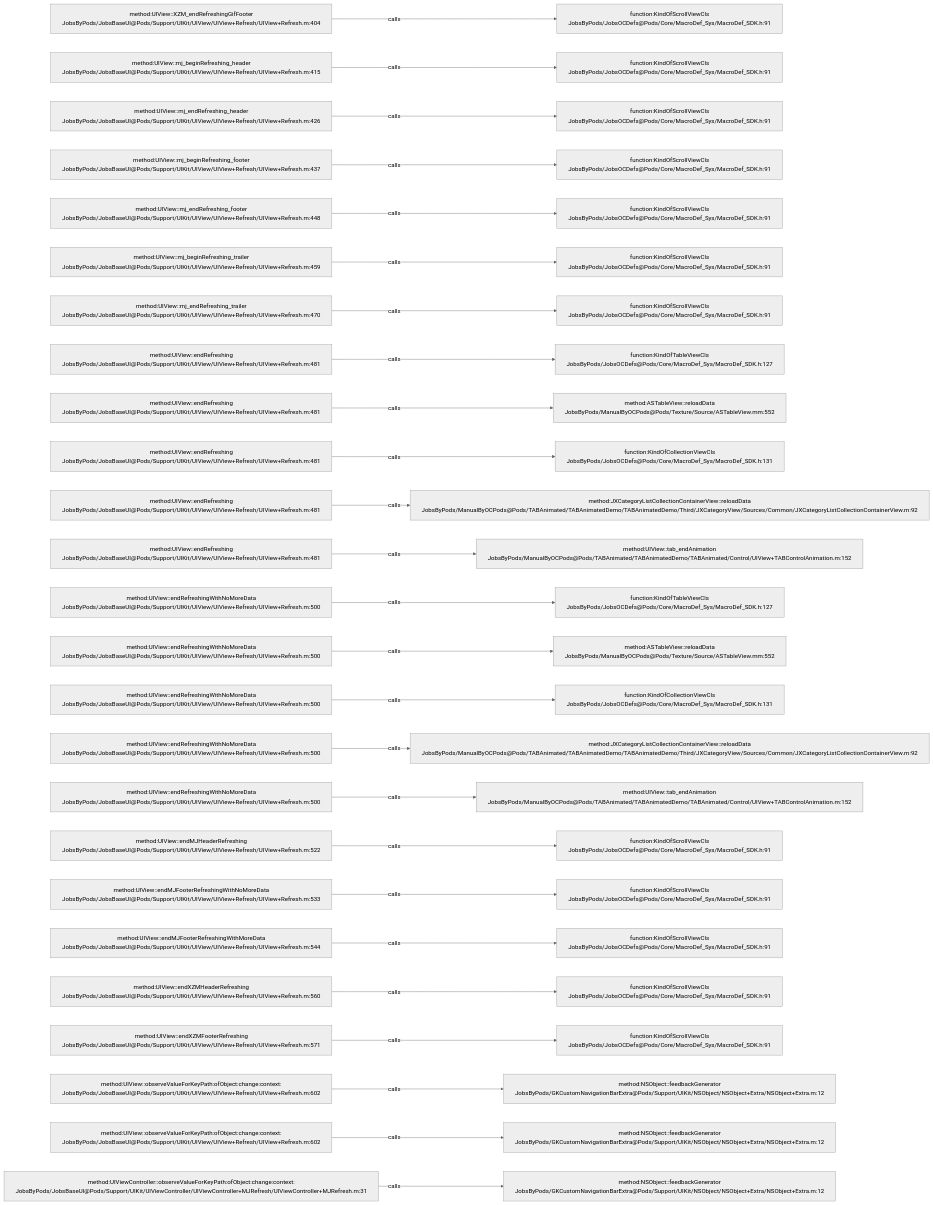
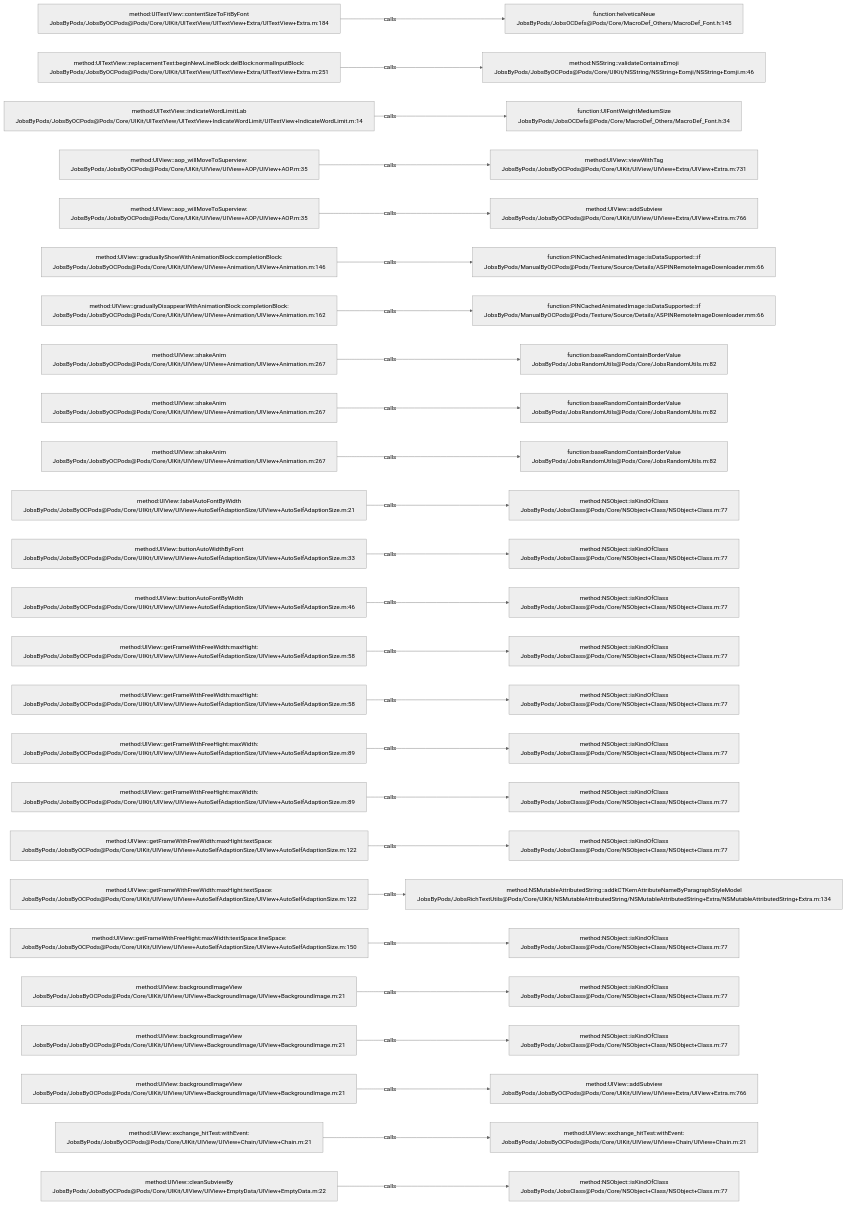
The diagram in .codegraph/codegraph.md/graphs/calls-064.md (JobsKits/JobsOCBaseConfigDemo), drawn with Mermaid (neutral theme) before and after one commit. The commit also changed 1026 other files, not shown here.

````diff
--- a/.codegraph/codegraph.md/graphs/calls-064.md
+++ b/.codegraph/codegraph.md/graphs/calls-064.md
@@ -13,78 +13,78 @@
 ```mermaid
 flowchart LR
-  S1["method:UIView::XZM_endRefreshingGifFooter<br/>JobsByPods/JobsBaseUI@Pods/Support/UIKit/UIView/UIView+Refresh/UIView+Refresh.m:404"]
-  T1["function:KindOfScrollViewCls<br/>JobsByPods/JobsOCDefs@Pods/Core/MacroDef_Sys/MacroDef_SDK.h:91"]
+  S1["method:UITextView::contentSizeToFitByFont<br/>JobsByPods/JobsByOCPods@Pods/Core/UIKit/UITextView/UITextView+Extra/UITextView+Extra.m:184"]
+  T1["function:helveticaNeue<br/>JobsByPods/JobsOCDefs@Pods/Core/MacroDef_Others/MacroDef_Font.h:145"]
   S1 -->|calls| T1
-  S2["method:UIView::mj_beginRefreshing_header<br/>JobsByPods/JobsBaseUI@Pods/Support/UIKit/UIView/UIView+Refresh/UIView+Refresh.m:415"]
-  T2["function:KindOfScrollViewCls<br/>JobsByPods/JobsOCDefs@Pods/Core/MacroDef_Sys/MacroDef_SDK.h:91"]
+  S2["method:UITextView::replacementText:beginNewLineBlock:delBlock:normalInputBlock:<br/>JobsByPods/JobsByOCPods@Pods/Core/UIKit/UITextView/UITextView+Extra/UITextView+Extra.m:251"]
+  T2["method:NSString::validateContainsEmoji<br/>JobsByPods/JobsByOCPods@Pods/Core/UIKit/NSString/NSString+Eomji/NSString+Eomji.m:46"]
   S2 -->|calls| T2
-  S3["method:UIView::mj_endRefreshing_header<br/>JobsByPods/JobsBaseUI@Pods/Support/UIKit/UIView/UIView+Refresh/UIView+Refresh.m:426"]
-  T3["function:KindOfScrollViewCls<br/>JobsByPods/JobsOCDefs@Pods/Core/MacroDef_Sys/MacroDef_SDK.h:91"]
+  S3["method:UITextView::indicateWordLimitLab<br/>JobsByPods/JobsByOCPods@Pods/Core/UIKit/UITextView/UITextView+IndicateWordLimit/UITextView+IndicateWordLimit.m:14"]
+  T3["function:UIFontWeightMediumSize<br/>JobsByPods/JobsOCDefs@Pods/Core/MacroDef_Others/MacroDef_Font.h:34"]
   S3 -->|calls| T3
-  S4["method:UIView::mj_beginRefreshing_footer<br/>JobsByPods/JobsBaseUI@Pods/Support/UIKit/UIView/UIView+Refresh/UIView+Refresh.m:437"]
-  T4["function:KindOfScrollViewCls<br/>JobsByPods/JobsOCDefs@Pods/Core/MacroDef_Sys/MacroDef_SDK.h:91"]
+  S4["method:UIView::aop_willMoveToSuperview:<br/>JobsByPods/JobsByOCPods@Pods/Core/UIKit/UIView/UIView+AOP/UIView+AOP.m:35"]
+  T4["method:UIView::viewWithTag<br/>JobsByPods/JobsByOCPods@Pods/Core/UIKit/UIView/UIView+Extra/UIView+Extra.m:731"]
   S4 -->|calls| T4
-  S5["method:UIView::mj_endRefreshing_footer<br/>JobsByPods/JobsBaseUI@Pods/Support/UIKit/UIView/UIView+Refresh/UIView+Refresh.m:448"]
-  T5["function:KindOfScrollViewCls<br/>JobsByPods/JobsOCDefs@Pods/Core/MacroDef_Sys/MacroDef_SDK.h:91"]
+  S5["method:UIView::aop_willMoveToSuperview:<br/>JobsByPods/JobsByOCPods@Pods/Core/UIKit/UIView/UIView+AOP/UIView+AOP.m:35"]
+  T5["method:UIView::addSubview<br/>JobsByPods/JobsByOCPods@Pods/Core/UIKit/UIView/UIView+Extra/UIView+Extra.m:766"]
   S5 -->|calls| T5
-  S6["method:UIView::mj_beginRefreshing_trailer<br/>JobsByPods/JobsBaseUI@Pods/Support/UIKit/UIView/UIView+Refresh/UIView+Refresh.m:459"]
-  T6["function:KindOfScrollViewCls<br/>JobsByPods/JobsOCDefs@Pods/Core/MacroDef_Sys/MacroDef_SDK.h:91"]
+  S6["method:UIView::graduallyShowWithAnimationBlock:completionBlock:<br/>JobsByPods/JobsByOCPods@Pods/Core/UIKit/UIView/UIView+Animation/UIView+Animation.m:146"]
+  T6["function:PINCachedAnimatedImage::isDataSupported:::if<br/>JobsByPods/ManualByOCPods@Pods/Texture/Source/Details/ASPINRemoteImageDownloader.mm:66"]
   S6 -->|calls| T6
-  S7["method:UIView::mj_endRefreshing_trailer<br/>JobsByPods/JobsBaseUI@Pods/Support/UIKit/UIView/UIView+Refresh/UIView+Refresh.m:470"]
-  T7["function:KindOfScrollViewCls<br/>JobsByPods/JobsOCDefs@Pods/Core/MacroDef_Sys/MacroDef_SDK.h:91"]
+  S7["method:UIView::graduallyDisappearWithAnimationBlock:completionBlock:<br/>JobsByPods/JobsByOCPods@Pods/Core/UIKit/UIView/UIView+Animation/UIView+Animation.m:162"]
+  T7["function:PINCachedAnimatedImage::isDataSupported:::if<br/>JobsByPods/ManualByOCPods@Pods/Texture/Source/Details/ASPINRemoteImageDownloader.mm:66"]
   S7 -->|calls| T7
-  S8["method:UIView::endRefreshing<br/>JobsByPods/JobsBaseUI@Pods/Support/UIKit/UIView/UIView+Refresh/UIView+Refresh.m:481"]
-  T8["function:KindOfTableViewCls<br/>JobsByPods/JobsOCDefs@Pods/Core/MacroDef_Sys/MacroDef_SDK.h:127"]
+  S8["method:UIView::shakeAnim<br/>JobsByPods/JobsByOCPods@Pods/Core/UIKit/UIView/UIView+Animation/UIView+Animation.m:267"]
+  T8["function:baseRandomContainBorderValue<br/>JobsByPods/JobsRandomUtils@Pods/Core/JobsRandomUtils.m:82"]
   S8 -->|calls| T8
-  S9["method:UIView::endRefreshing<br/>JobsByPods/JobsBaseUI@Pods/Support/UIKit/UIView/UIView+Refresh/UIView+Refresh.m:481"]
-  T9["method:ASTableView::reloadData<br/>JobsByPods/ManualByOCPods@Pods/Texture/Source/ASTableView.mm:552"]
+  S9["method:UIView::shakeAnim<br/>JobsByPods/JobsByOCPods@Pods/Core/UIKit/UIView/UIView+Animation/UIView+Animation.m:267"]
+  T9["function:baseRandomContainBorderValue<br/>JobsByPods/JobsRandomUtils@Pods/Core/JobsRandomUtils.m:82"]
   S9 -->|calls| T9
-  S10["method:UIView::endRefreshing<br/>JobsByPods/JobsBaseUI@Pods/Support/UIKit/UIView/UIView+Refresh/UIView+Refresh.m:481"]
-  T10["function:KindOfCollectionViewCls<br/>JobsByPods/JobsOCDefs@Pods/Core/MacroDef_Sys/MacroDef_SDK.h:131"]
+  S10["method:UIView::shakeAnim<br/>JobsByPods/JobsByOCPods@Pods/Core/UIKit/UIView/UIView+Animation/UIView+Animation.m:267"]
+  T10["function:baseRandomContainBorderValue<br/>JobsByPods/JobsRandomUtils@Pods/Core/JobsRandomUtils.m:82"]
   S10 -->|calls| T10
-  S11["method:UIView::endRefreshing<br/>JobsByPods/JobsBaseUI@Pods/Support/UIKit/UIView/UIView+Refresh/UIView+Refresh.m:481"]
-  T11["method:JXCategoryListCollectionContainerView::reloadData<br/>JobsByPods/ManualByOCPods@Pods/TABAnimated/TABAnimatedDemo/TABAnimatedDemo/Third/JXCategoryView/Sources/Common/JXCategoryListCollectionContainerView.m:92"]
+  S11["method:UIView::labelAutoFontByWidth<br/>JobsByPods/JobsByOCPods@Pods/Core/UIKit/UIView/UIView+AutoSelfAdaptionSize/UIView+AutoSelfAdaptionSize.m:21"]
+  T11["method:NSObject::isKindOfClass<br/>JobsByPods/JobsClass@Pods/Core/NSObject+Class/NSObject+Class.m:77"]
   S11 -->|calls| T11
-  S12["method:UIView::endRefreshing<br/>JobsByPods/JobsBaseUI@Pods/Support/UIKit/UIView/UIView+Refresh/UIView+Refresh.m:481"]
-  T12["method:UIView::tab_endAnimation<br/>JobsByPods/ManualByOCPods@Pods/TABAnimated/TABAnimatedDemo/TABAnimated/Control/UIView+TABControlAnimation.m:152"]
+  S12["method:UIView::buttonAutoWidthByFont<br/>JobsByPods/JobsByOCPods@Pods/Core/UIKit/UIView/UIView+AutoSelfAdaptionSize/UIView+AutoSelfAdaptionSize.m:33"]
+  T12["method:NSObject::isKindOfClass<br/>JobsByPods/JobsClass@Pods/Core/NSObject+Class/NSObject+Class.m:77"]
   S12 -->|calls| T12
-  S13["method:UIView::endRefreshingWithNoMoreData<br/>JobsByPods/JobsBaseUI@Pods/Support/UIKit/UIView/UIView+Refresh/UIView+Refresh.m:500"]
-  T13["function:KindOfTableViewCls<br/>JobsByPods/JobsOCDefs@Pods/Core/MacroDef_Sys/MacroDef_SDK.h:127"]
+  S13["method:UIView::buttonAutoFontByWidth<br/>JobsByPods/JobsByOCPods@Pods/Core/UIKit/UIView/UIView+AutoSelfAdaptionSize/UIView+AutoSelfAdaptionSize.m:46"]
+  T13["method:NSObject::isKindOfClass<br/>JobsByPods/JobsClass@Pods/Core/NSObject+Class/NSObject+Class.m:77"]
   S13 -->|calls| T13
-  S14["method:UIView::endRefreshingWithNoMoreData<br/>JobsByPods/JobsBaseUI@Pods/Support/UIKit/UIView/UIView+Refresh/UIView+Refresh.m:500"]
-  T14["method:ASTableView::reloadData<br/>JobsByPods/ManualByOCPods@Pods/Texture/Source/ASTableView.mm:552"]
+  S14["method:UIView::getFrameWithFreeWidth:maxHight:<br/>JobsByPods/JobsByOCPods@Pods/Core/UIKit/UIView/UIView+AutoSelfAdaptionSize/UIView+AutoSelfAdaptionSize.m:58"]
+  T14["method:NSObject::isKindOfClass<br/>JobsByPods/JobsClass@Pods/Core/NSObject+Class/NSObject+Class.m:77"]
   S14 -->|calls| T14
-  S15["method:UIView::endRefreshingWithNoMoreData<br/>JobsByPods/JobsBaseUI@Pods/Support/UIKit/UIView/UIView+Refresh/UIView+Refresh.m:500"]
-  T15["function:KindOfCollectionViewCls<br/>JobsByPods/JobsOCDefs@Pods/Core/MacroDef_Sys/MacroDef_SDK.h:131"]
+  S15["method:UIView::getFrameWithFreeWidth:maxHight:<br/>JobsByPods/JobsByOCPods@Pods/Core/UIKit/UIView/UIView+AutoSelfAdaptionSize/UIView+AutoSelfAdaptionSize.m:58"]
+  T15["method:NSObject::isKindOfClass<br/>JobsByPods/JobsClass@Pods/Core/NSObject+Class/NSObject+Class.m:77"]
   S15 -->|calls| T15
-  S16["method:UIView::endRefreshingWithNoMoreData<br/>JobsByPods/JobsBaseUI@Pods/Support/UIKit/UIView/UIView+Refresh/UIView+Refresh.m:500"]
-  T16["method:JXCategoryListCollectionContainerView::reloadData<br/>JobsByPods/ManualByOCPods@Pods/TABAnimated/TABAnimatedDemo/TABAnimatedDemo/Third/JXCategoryView/Sources/Common/JXCategoryListCollectionContainerView.m:92"]
+  S16["method:UIView::getFrameWithFreeHight:maxWidth:<br/>JobsByPods/JobsByOCPods@Pods/Core/UIKit/UIView/UIView+AutoSelfAdaptionSize/UIView+AutoSelfAdaptionSize.m:89"]
+  T16["method:NSObject::isKindOfClass<br/>JobsByPods/JobsClass@Pods/Core/NSObject+Class/NSObject+Class.m:77"]
   S16 -->|calls| T16
-  S17["method:UIView::endRefreshingWithNoMoreData<br/>JobsByPods/JobsBaseUI@Pods/Support/UIKit/UIView/UIView+Refresh/UIView+Refresh.m:500"]
-  T17["method:UIView::tab_endAnimation<br/>JobsByPods/ManualByOCPods@Pods/TABAnimated/TABAnimatedDemo/TABAnimated/Control/UIView+TABControlAnimation.m:152"]
+  S17["method:UIView::getFrameWithFreeHight:maxWidth:<br/>JobsByPods/JobsByOCPods@Pods/Core/UIKit/UIView/UIView+AutoSelfAdaptionSize/UIView+AutoSelfAdaptionSize.m:89"]
+  T17["method:NSObject::isKindOfClass<br/>JobsByPods/JobsClass@Pods/Core/NSObject+Class/NSObject+Class.m:77"]
   S17 -->|calls| T17
-  S18["method:UIView::endMJHeaderRefreshing<br/>JobsByPods/JobsBaseUI@Pods/Support/UIKit/UIView/UIView+Refresh/UIView+Refresh.m:522"]
-  T18["function:KindOfScrollViewCls<br/>JobsByPods/JobsOCDefs@Pods/Core/MacroDef_Sys/MacroDef_SDK.h:91"]
+  S18["method:UIView::getFrameWithFreeWidth:maxHight:textSpace:<br/>JobsByPods/JobsByOCPods@Pods/Core/UIKit/UIView/UIView+AutoSelfAdaptionSize/UIView+AutoSelfAdaptionSize.m:122"]
+  T18["method:NSObject::isKindOfClass<br/>JobsByPods/JobsClass@Pods/Core/NSObject+Class/NSObject+Class.m:77"]
   S18 -->|calls| T18
-  S19["method:UIView::endMJFooterRefreshingWithNoMoreData<br/>JobsByPods/JobsBaseUI@Pods/Support/UIKit/UIView/UIView+Refresh/UIView+Refresh.m:533"]
-  T19["function:KindOfScrollViewCls<br/>JobsByPods/JobsOCDefs@Pods/Core/MacroDef_Sys/MacroDef_SDK.h:91"]
+  S19["method:UIView::getFrameWithFreeWidth:maxHight:textSpace:<br/>JobsByPods/JobsByOCPods@Pods/Core/UIKit/UIView/UIView+AutoSelfAdaptionSize/UIView+AutoSelfAdaptionSize.m:122"]
+  T19["method:NSMutableAttributedString::addkCTKernAttributeNameByParagraphStyleModel<br/>JobsByPods/JobsRichTextUtils@Pods/Core/UIKit/NSMutableAttributedString/NSMutableAttributedString+Extra/NSMutableAttributedString+Extra.m:134"]
   S19 -->|calls| T19
-  S20["method:UIView::endMJFooterRefreshingWithMoreData<br/>JobsByPods/JobsBaseUI@Pods/Support/UIKit/UIView/UIView+Refresh/UIView+Refresh.m:544"]
-  T20["function:KindOfScrollViewCls<br/>JobsByPods/JobsOCDefs@Pods/Core/MacroDef_Sys/MacroDef_SDK.h:91"]
+  S20["method:UIView::getFrameWithFreeHight:maxWidth:textSpace:lineSpace:<br/>JobsByPods/JobsByOCPods@Pods/Core/UIKit/UIView/UIView+AutoSelfAdaptionSize/UIView+AutoSelfAdaptionSize.m:150"]
+  T20["method:NSObject::isKindOfClass<br/>JobsByPods/JobsClass@Pods/Core/NSObject+Class/NSObject+Class.m:77"]
   S20 -->|calls| T20
-  S21["method:UIView::endXZMHeaderRefreshing<br/>JobsByPods/JobsBaseUI@Pods/Support/UIKit/UIView/UIView+Refresh/UIView+Refresh.m:560"]
-  T21["function:KindOfScrollViewCls<br/>JobsByPods/JobsOCDefs@Pods/Core/MacroDef_Sys/MacroDef_SDK.h:91"]
+  S21["method:UIView::backgroundImageView<br/>JobsByPods/JobsByOCPods@Pods/Core/UIKit/UIView/UIView+BackgroundImage/UIView+BackgroundImage.m:21"]
+  T21["method:NSObject::isKindOfClass<br/>JobsByPods/JobsClass@Pods/Core/NSObject+Class/NSObject+Class.m:77"]
   S21 -->|calls| T21
-  S22["method:UIView::endXZMFooterRefreshing<br/>JobsByPods/JobsBaseUI@Pods/Support/UIKit/UIView/UIView+Refresh/UIView+Refresh.m:571"]
-  T22["function:KindOfScrollViewCls<br/>JobsByPods/JobsOCDefs@Pods/Core/MacroDef_Sys/MacroDef_SDK.h:91"]
+  S22["method:UIView::backgroundImageView<br/>JobsByPods/JobsByOCPods@Pods/Core/UIKit/UIView/UIView+BackgroundImage/UIView+BackgroundImage.m:21"]
+  T22["method:NSObject::isKindOfClass<br/>JobsByPods/JobsClass@Pods/Core/NSObject+Class/NSObject+Class.m:77"]
   S22 -->|calls| T22
-  S23["method:UIView::observeValueForKeyPath:ofObject:change:context:<br/>JobsByPods/JobsBaseUI@Pods/Support/UIKit/UIView/UIView+Refresh/UIView+Refresh.m:602"]
-  T23["method:NSObject::feedbackGenerator<br/>JobsByPods/GKCustomNavigationBarExtra@Pods/Support/UIKit/NSObject/NSObject+Extra/NSObject+Extra.m:12"]
+  S23["method:UIView::backgroundImageView<br/>JobsByPods/JobsByOCPods@Pods/Core/UIKit/UIView/UIView+BackgroundImage/UIView+BackgroundImage.m:21"]
+  T23["method:UIView::addSubview<br/>JobsByPods/JobsByOCPods@Pods/Core/UIKit/UIView/UIView+Extra/UIView+Extra.m:766"]
   S23 -->|calls| T23
-  S24["method:UIView::observeValueForKeyPath:ofObject:change:context:<br/>JobsByPods/JobsBaseUI@Pods/Support/UIKit/UIView/UIView+Refresh/UIView+Refresh.m:602"]
-  T24["method:NSObject::feedbackGenerator<br/>JobsByPods/GKCustomNavigationBarExtra@Pods/Support/UIKit/NSObject/NSObject+Extra/NSObject+Extra.m:12"]
+  S24["method:UIView::exchange_hitTest:withEvent:<br/>JobsByPods/JobsByOCPods@Pods/Core/UIKit/UIView/UIView+Chain/UIView+Chain.m:21"]
+  T24["method:UIView::exchange_hitTest:withEvent:<br/>JobsByPods/JobsByOCPods@Pods/Core/UIKit/UIView/UIView+Chain/UIView+Chain.m:21"]
   S24 -->|calls| T24
-  S25["method:UIViewController::observeValueForKeyPath:ofObject:change:context:<br/>JobsByPods/JobsBaseUI@Pods/Support/UIKit/UIViewController/UIViewController+MJRefresh/UIViewController+MJRefresh.m:31"]
-  T25["method:NSObject::feedbackGenerator<br/>JobsByPods/GKCustomNavigationBarExtra@Pods/Support/UIKit/NSObject/NSObject+Extra/NSObject+Extra.m:12"]
+  S25["method:UIView::cleanSubviewBy<br/>JobsByPods/JobsByOCPods@Pods/Core/UIKit/UIView/UIView+EmptyData/UIView+EmptyData.m:22"]
+  T25["method:NSObject::isKindOfClass<br/>JobsByPods/JobsClass@Pods/Core/NSObject+Class/NSObject+Class.m:77"]
   S25 -->|calls| T25
 ```
````
